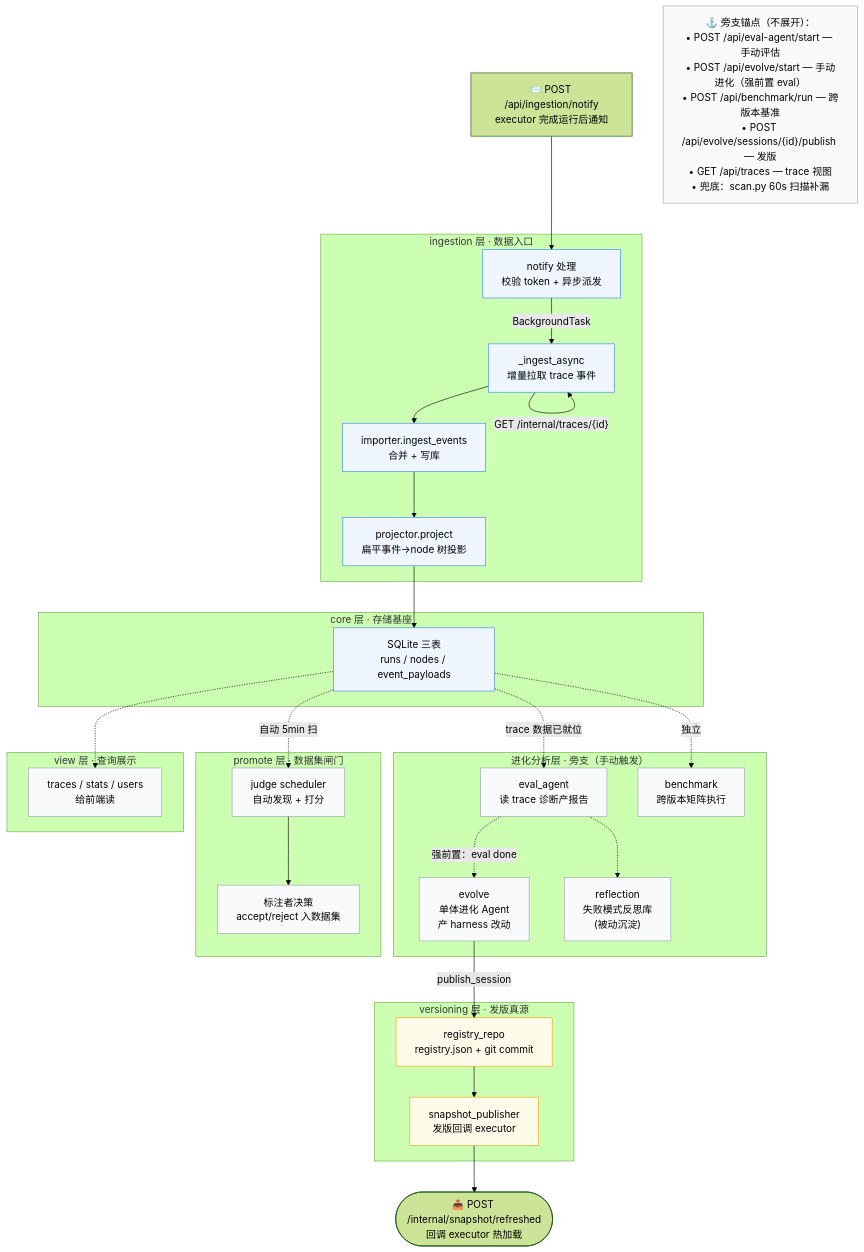
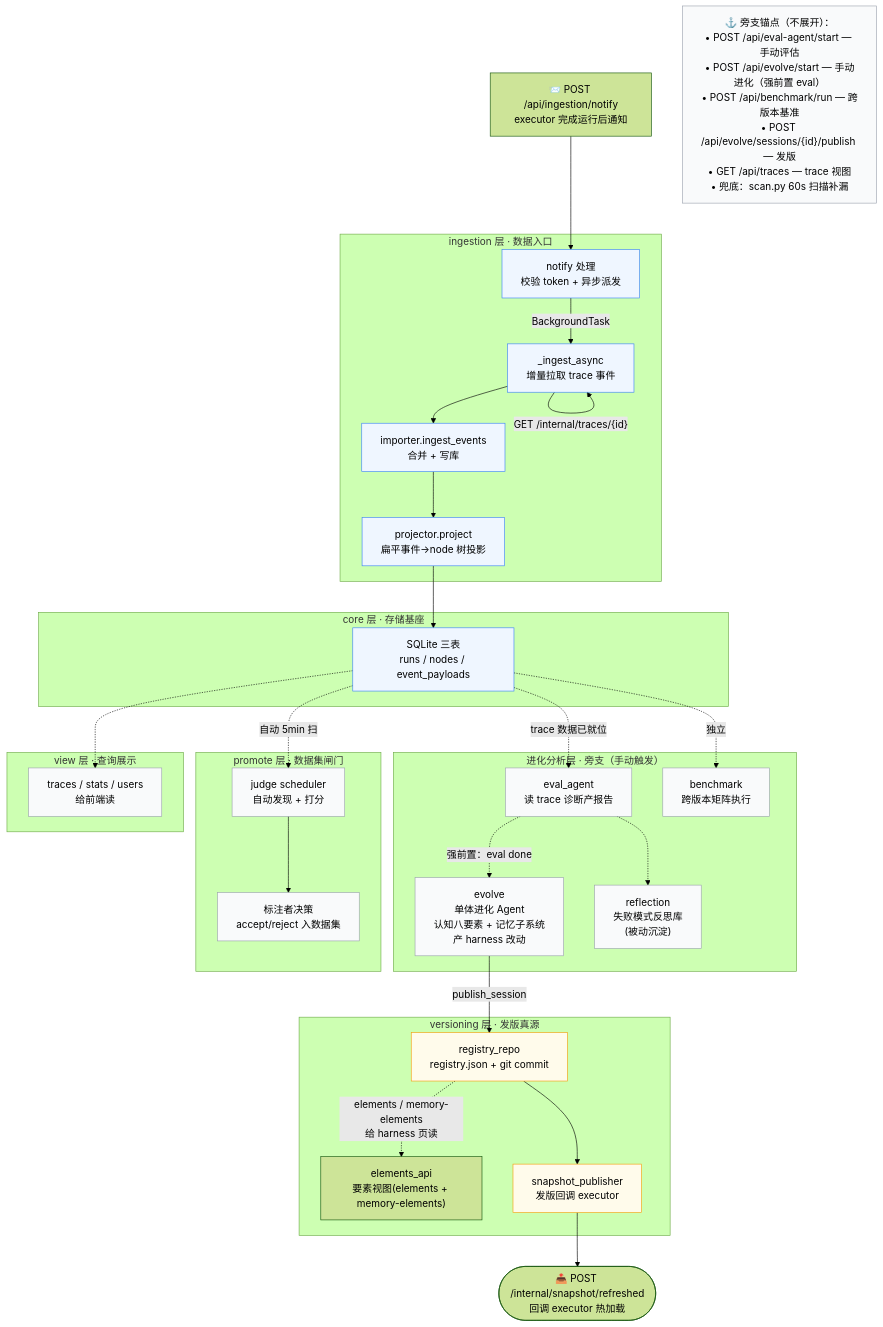
Before and after one commit to gaoshoupaper-code/EvoWriter: the third of 8 diagrams in docs/系统心智模型.md, drawn with Mermaid (forest theme). The commit also changed 8 other files, not shown here.

````diff
--- a/docs/系统心智模型.md
+++ b/docs/系统心智模型.md
@@ -216,73 +216,75 @@
 ```mermaid
 flowchart TD
     Notify["📨 POST /api/ingestion/notify<br/>executor 完成运行后通知"]
 
     subgraph L_Ingest["ingestion 层 · 数据入口"]
         I1["notify 处理<br/>校验 token + 异步派发"]
         I2["_ingest_async<br/>增量拉取 trace 事件"]
         I3["importer.ingest_events<br/>合并 + 写库"]
         I4["projector.project<br/>扁平事件→node 树投影"]
     end
 
     subgraph L_Core["core 层 · 存储基座"]
         C1["SQLite 三表<br/>runs / nodes / event_payloads"]
     end
 
     subgraph L_Evolve["进化分析层 · 旁支（手动触发）"]
         E1["eval_agent<br/>读 trace 诊断产报告"]
-        E2["evolve<br/>单体进化 Agent<br/>产 harness 改动"]
+        E2["evolve<br/>单体进化 Agent<br/>认知八要素 + 记忆子系统<br/>产 harness 改动"]
         E3["benchmark<br/>跨版本矩阵执行"]
         E4["reflection<br/>失败模式反思库<br/>(被动沉淀)"]
     end
 
     subgraph L_Promote["promote 层 · 数据集闸门"]
         PM1["judge scheduler<br/>自动发现 + 打分"]
         PM2["标注者决策<br/>accept/reject 入数据集"]
     end
 
     subgraph L_Version["versioning 层 · 发版真源"]
         V1["registry_repo<br/>registry.json + git commit"]
+        V1b["elements_api<br/>要素视图(elements + memory-elements)"]
         V2["snapshot_publisher<br/>发版回调 executor"]
     end
 
     subgraph L_View["view 层 · 查询展示"]
         VW1["traces / stats / users<br/>给前端读"]
     end
 
     Out2(["📤 POST /internal/snapshot/refreshed<br/>回调 executor 热加载"])
 
     %% 主线
     Notify --> I1
     I1 -->|"BackgroundTask"| I2
     I2 -->|"GET /internal/traces/{id}"| I2
     I2 --> I3
     I3 --> I4
     I4 --> C1
 
     %% 进化分析（旁支，从已存数据触发）
     C1 -.->|"trace 数据已就位"| E1
     E1 -.->|"强前置：eval done"| E2
     E1 -.-> E4
     C1 -.->|"独立"| E3
     C1 -.->|"自动 5min 扫"| PM1
     PM1 --> PM2
 
     %% 发版
     E2 -->|"publish_session"| V1
     V1 --> V2
     V2 --> Out2
 
     %% 查询
     C1 -.-> VW1
+    V1 -.->|"elements / memory-elements<br/>给 harness 页读"| V1b
 
     Anchor3["⚓ 旁支锚点（不展开）：<br/>• POST /api/eval-agent/start — 手动评估<br/>• POST /api/evolve/start — 手动进化（强前置 eval）<br/>• POST /api/benchmark/run — 跨版本基准<br/>• POST /api/evolve/sessions/{id}/publish — 发版<br/>• GET /api/traces — trace 视图<br/>• 兜底：scan.py 60s 扫描补漏"]
 
     classDef main fill:#eff6ff,stroke:#3b82f6
     classDef side fill:#f9fafb,stroke:#9ca3af
     classDef ver fill:#fffbeb,stroke:#f59e0b
 
     class I1,I2,I3,I4,C1 main
     class E1,E2,E3,E4,PM1,PM2,VW1 side
     class V1,V2 ver
     class Anchor3 side
 ```
````
